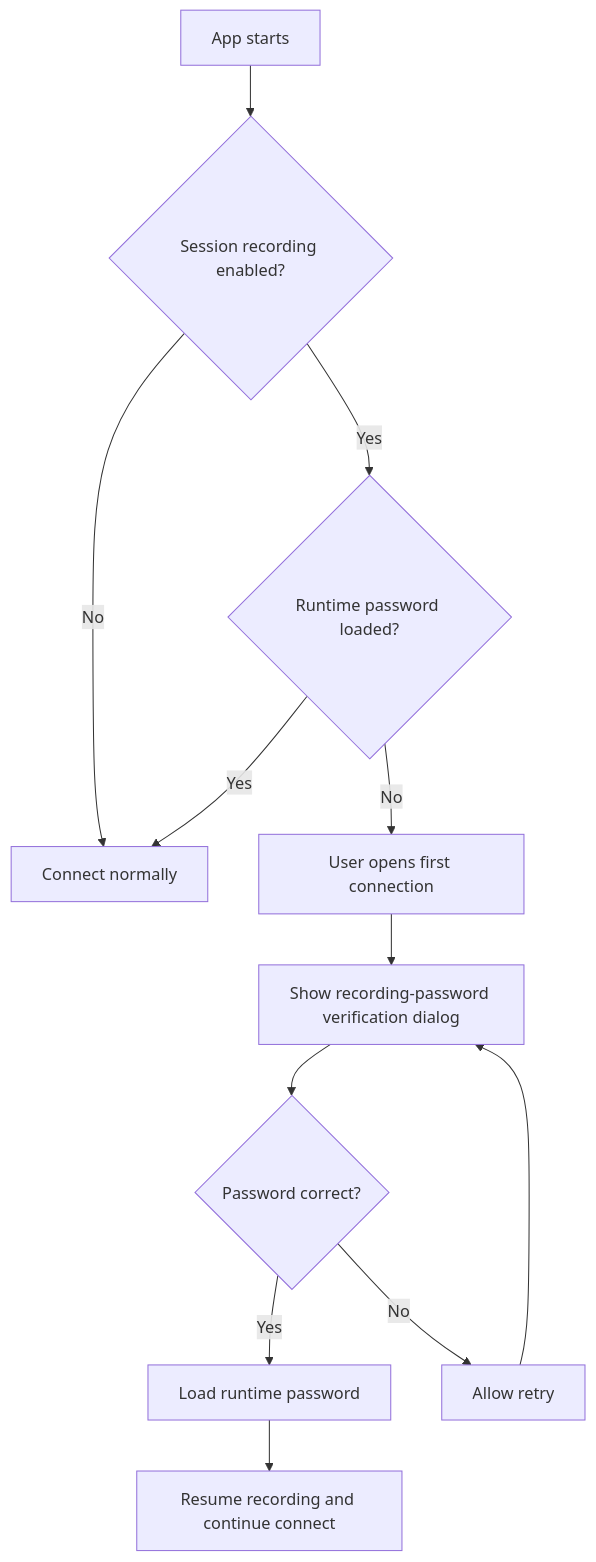
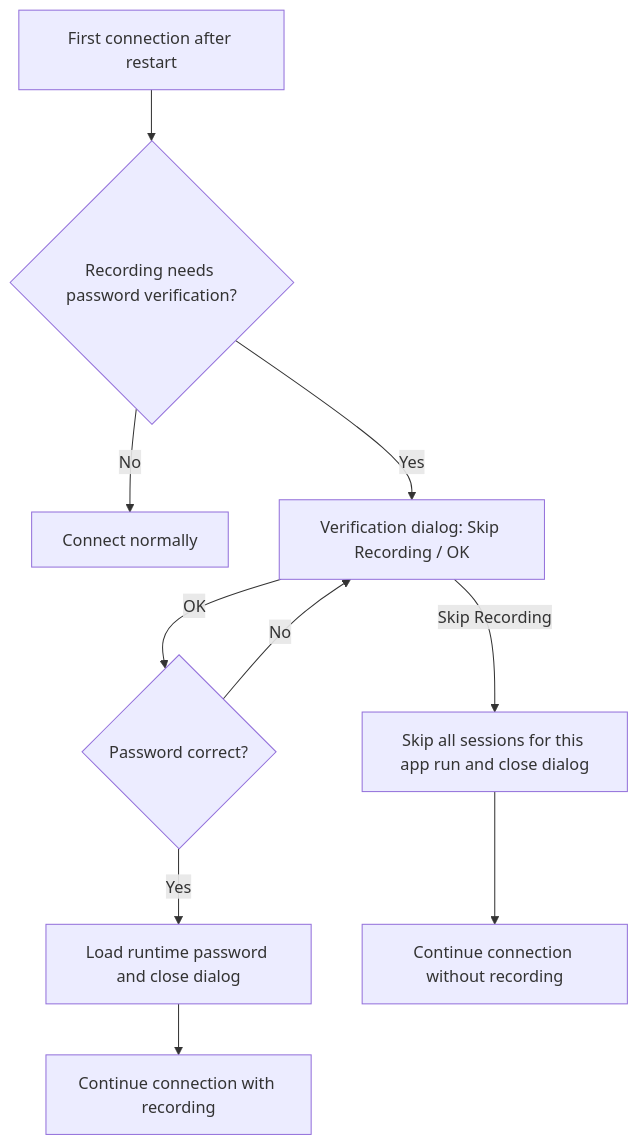
The first of 3 diagrams in doc/requirement_session_recording.md (iridiumcao/iridium-remote), drawn with Mermaid before and after one commit. The commit also changed other lines of this file and 18 other files, not shown here.

````diff
--- a/doc/requirement_session_recording.md
+++ b/doc/requirement_session_recording.md
@@ -171,14 +191,12 @@
 ```mermaid
 flowchart TD
-    A[App starts] --> B{Session recording enabled?}
+    A[First connection after restart] --> B{Recording needs password verification?}
     B -- No --> C[Connect normally]
-    B -- Yes --> D{Runtime password loaded?}
-    D -- Yes --> C
-    D -- No --> E[User opens first connection]
-    E --> F[Show recording-password verification dialog]
-    F --> G{Password correct?}
-    G -- Yes --> H[Load runtime password]
-    H --> I[Resume recording and continue connect]
-    G -- No --> J[Allow retry]
-    J --> F
+    B -- Yes --> D[Verification dialog: Skip Recording / OK]
+    D -- OK --> E{Password correct?}
+    E -- Yes --> F[Load runtime password and close dialog]
+    F --> G[Continue connection with recording]
+    E -- No --> D
+    D -- Skip Recording --> H[Skip all sessions for this app run and close dialog]
+    H --> I[Continue connection without recording]
 ```
````
